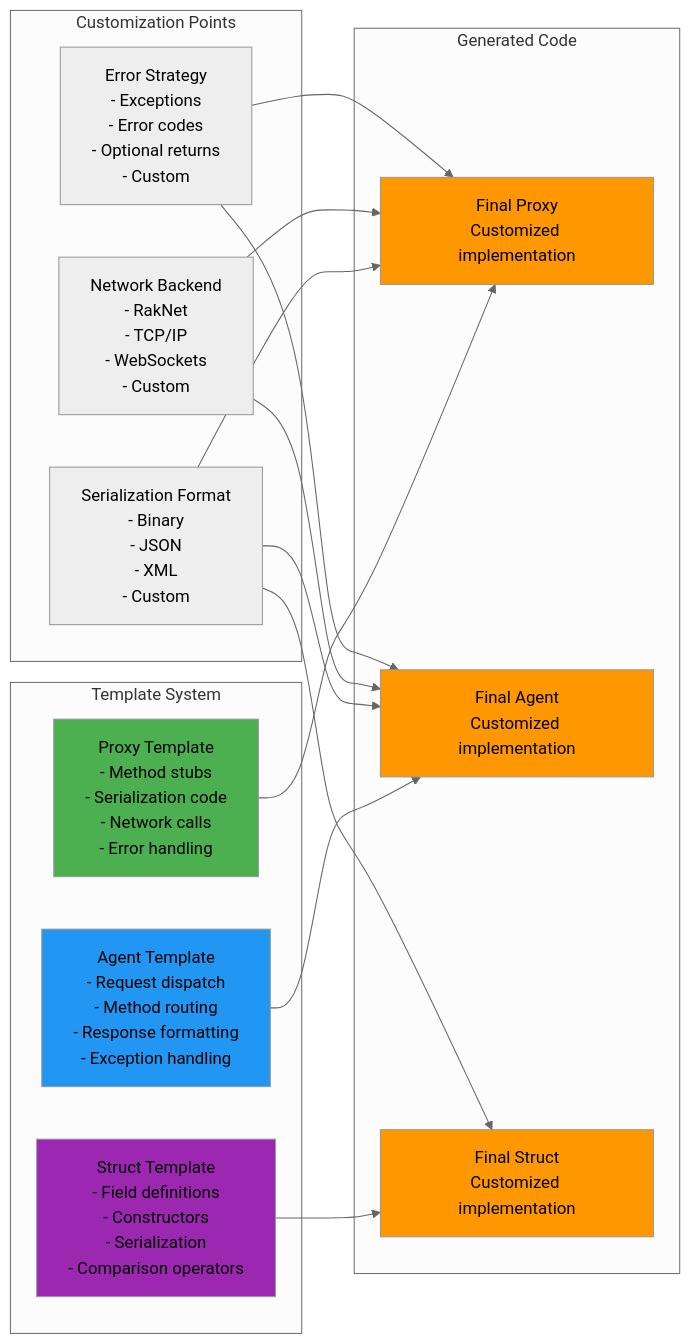
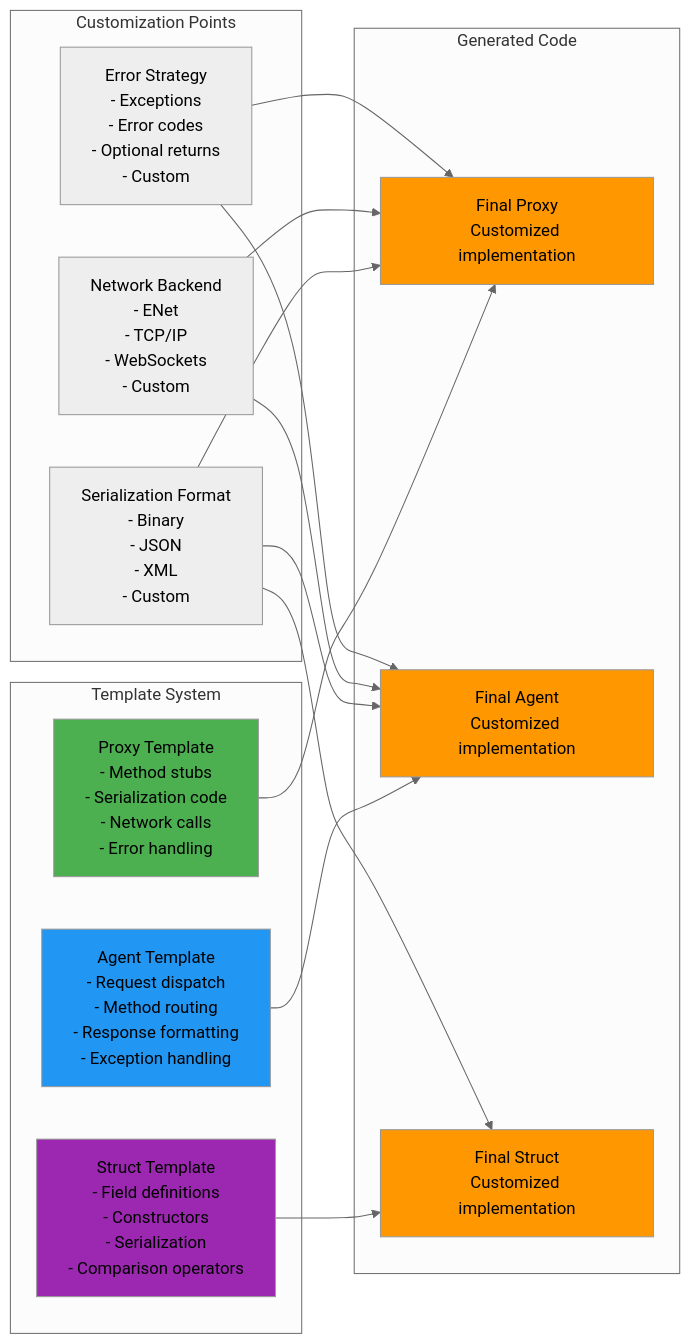
The eighth of 9 diagrams in resources/diagrams/tau-language-architecture.md (cschladetsch/CppKAI), drawn with Mermaid (neutral theme) before and after one commit. The commit also changed other lines of this file and 136 other files, not shown here.

Commit message:
Remove RakNet and add ENet transport abstraction

````diff
--- a/resources/diagrams/tau-language-architecture.md
+++ b/resources/diagrams/tau-language-architecture.md
@@ -353,41 +353,41 @@
 ```mermaid
 graph LR
     subgraph "Template System"
         PROXY_TEMPLATE[Proxy Template<br/>- Method stubs<br/>- Serialization code<br/>- Network calls<br/>- Error handling]
         AGENT_TEMPLATE[Agent Template<br/>- Request dispatch<br/>- Method routing<br/>- Response formatting<br/>- Exception handling]
         STRUCT_TEMPLATE[Struct Template<br/>- Field definitions<br/>- Constructors<br/>- Serialization<br/>- Comparison operators]
     end
     
     subgraph "Customization Points"
         SERIALIZATION[Serialization Format<br/>- Binary<br/>- JSON<br/>- XML<br/>- Custom]
-        NETWORKING[Network Backend<br/>- RakNet<br/>- TCP/IP<br/>- WebSockets<br/>- Custom]
+        NETWORKING[Network Backend<br/>- ENet<br/>- TCP/IP<br/>- WebSockets<br/>- Custom]
         ERROR_HANDLING[Error Strategy<br/>- Exceptions<br/>- Error codes<br/>- Optional returns<br/>- Custom]
     end
     
     subgraph "Generated Code"
         FINAL_PROXY[Final Proxy<br/>Customized implementation]
         FINAL_AGENT[Final Agent<br/>Customized implementation]
         FINAL_STRUCT[Final Struct<br/>Customized implementation]
     end
     
     PROXY_TEMPLATE --> FINAL_PROXY
     AGENT_TEMPLATE --> FINAL_AGENT
     STRUCT_TEMPLATE --> FINAL_STRUCT
     
     SERIALIZATION --> FINAL_PROXY
     SERIALIZATION --> FINAL_AGENT
     SERIALIZATION --> FINAL_STRUCT
     
     NETWORKING --> FINAL_PROXY
     NETWORKING --> FINAL_AGENT
     
     ERROR_HANDLING --> FINAL_PROXY
     ERROR_HANDLING --> FINAL_AGENT
     
     style PROXY_TEMPLATE fill:#4caf50
     style AGENT_TEMPLATE fill:#2196f3
     style STRUCT_TEMPLATE fill:#9c27b0
     style FINAL_PROXY fill:#ff9800
     style FINAL_AGENT fill:#ff9800
     style FINAL_STRUCT fill:#ff9800
 ```
````
